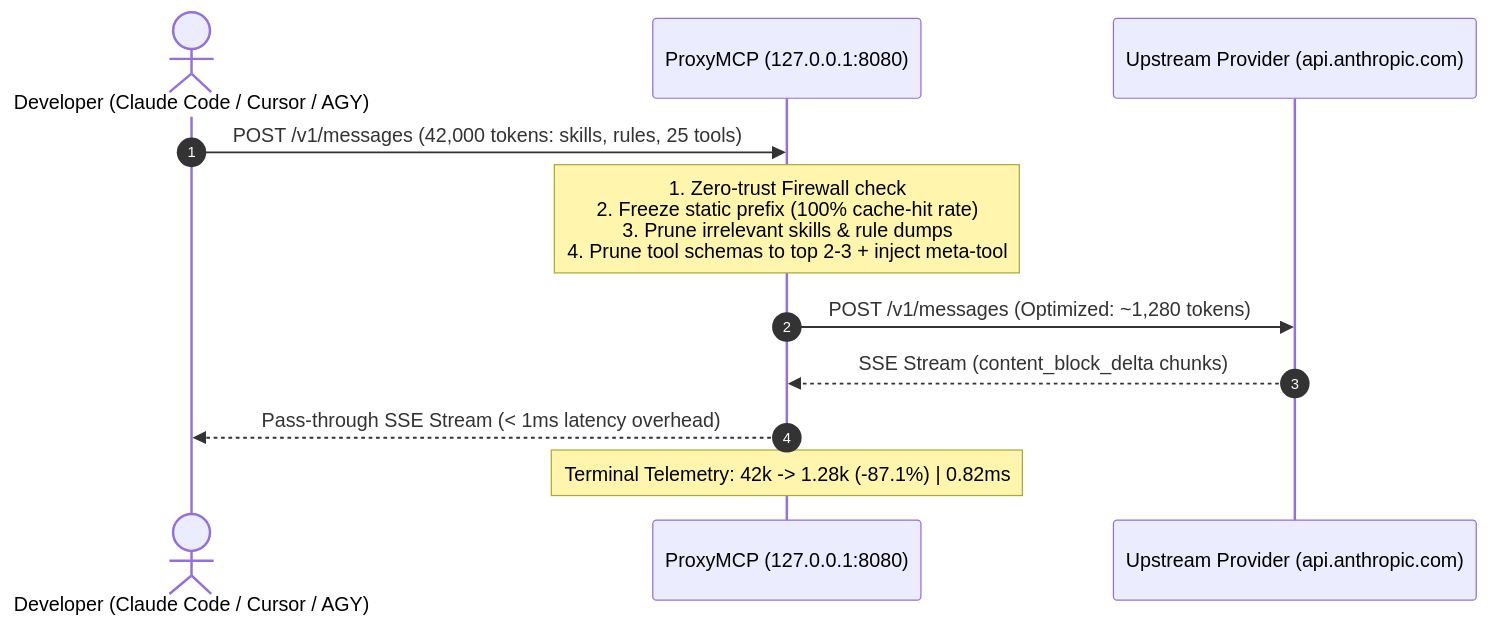
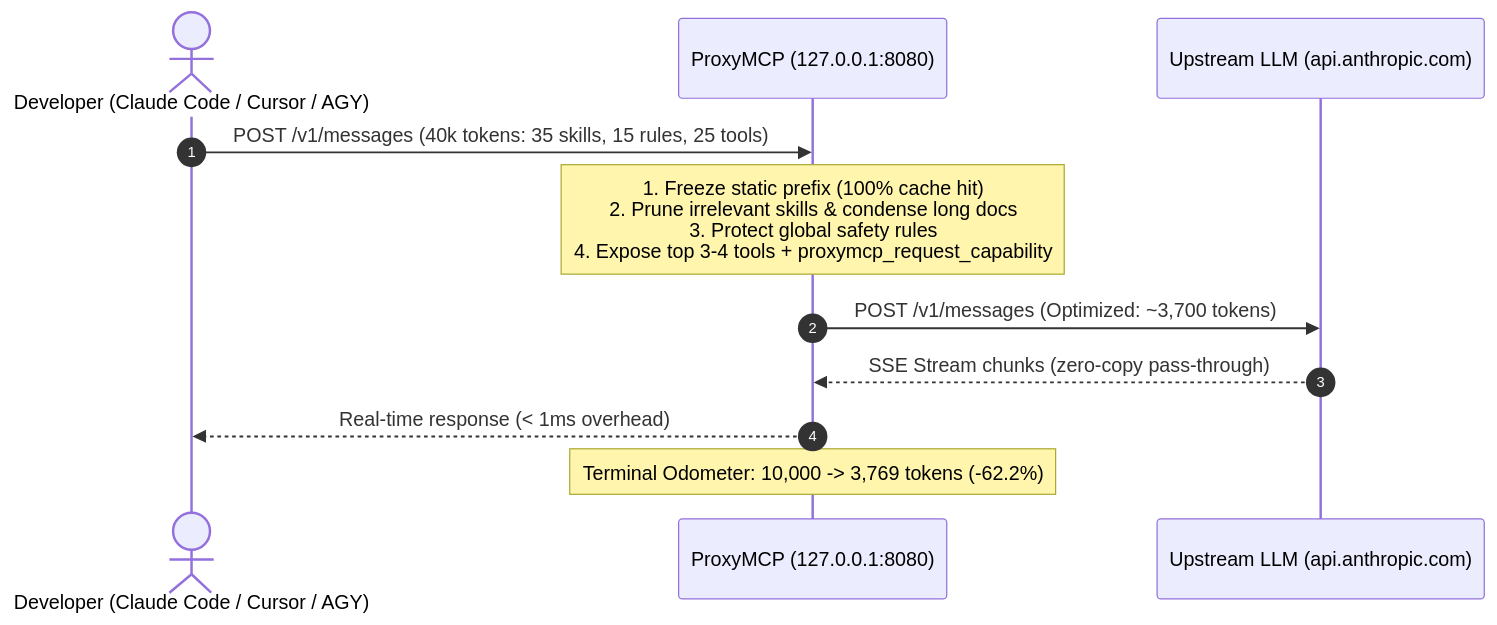
The diagram in README.md (Edoardobanks/proxymcp), drawn with Mermaid before and after one commit. The commit also changed other lines of this file and 22 other files, not shown here.

First line of the commit message:
refactor: simplify proxy architecture, implement dynamic tool rehydration, preserve safety rules, and deprecate regex firewall

````diff
--- a/README.md
+++ b/README.md
@@ -33,14 +35,14 @@
 ```mermaid
 sequenceDiagram
     autonumber
     actor Dev as Developer (Claude Code / Cursor / AGY)
     participant Proxy as ProxyMCP (127.0.0.1:8080)
-    participant Upstream as Upstream Provider (api.anthropic.com)
+    participant Upstream as Upstream LLM (api.anthropic.com)
 
-    Dev->>Proxy: POST /v1/messages (42,000 tokens: skills, rules, 25 tools)
-    Note over Proxy: 1. Zero-trust Firewall check<br/>2. Freeze static prefix (100% cache-hit rate)<br/>3. Prune irrelevant skills & rule dumps<br/>4. Prune tool schemas to top 2-3 + inject meta-tool
-    Proxy->>Upstream: POST /v1/messages (Optimized: ~1,280 tokens)
-    Upstream-->>Proxy: SSE Stream (content_block_delta chunks)
-    Proxy-->>Dev: Pass-through SSE Stream (< 1ms latency overhead)
-    Note over Proxy: Terminal Telemetry: 42k -> 1.28k (-87.1%) | 0.82ms
+    Dev->>Proxy: POST /v1/messages (40k tokens: 35 skills, 15 rules, 25 tools)
+    Note over Proxy: 1. Freeze static prefix (100% cache hit)<br/>2. Prune irrelevant skills & condense long docs<br/>3. Protect global safety rules<br/>4. Expose top 3-4 tools + proxymcp_request_capability
+    Proxy->>Upstream: POST /v1/messages (Optimized: ~3,700 tokens)
+    Upstream-->>Proxy: SSE Stream chunks (zero-copy pass-through)
+    Proxy-->>Dev: Real-time response (< 1ms overhead)
+    Note over Proxy: Terminal Odometer: 10,000 -> 3,769 tokens (-62.2%)
 ```
````
